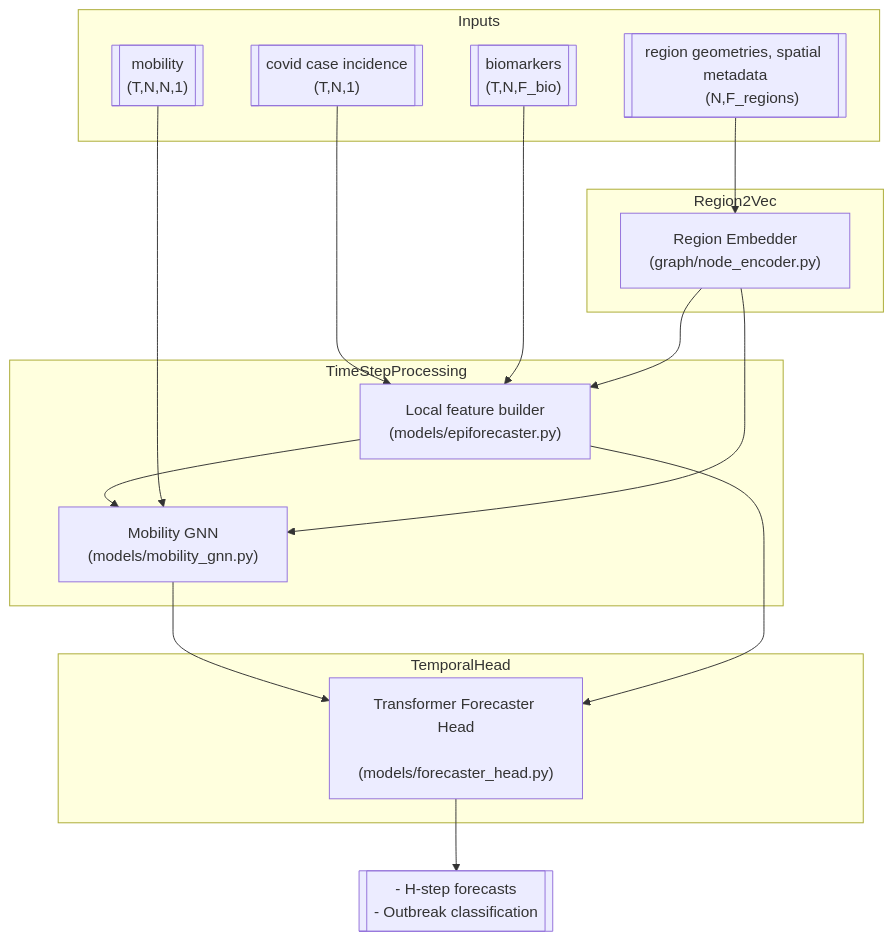
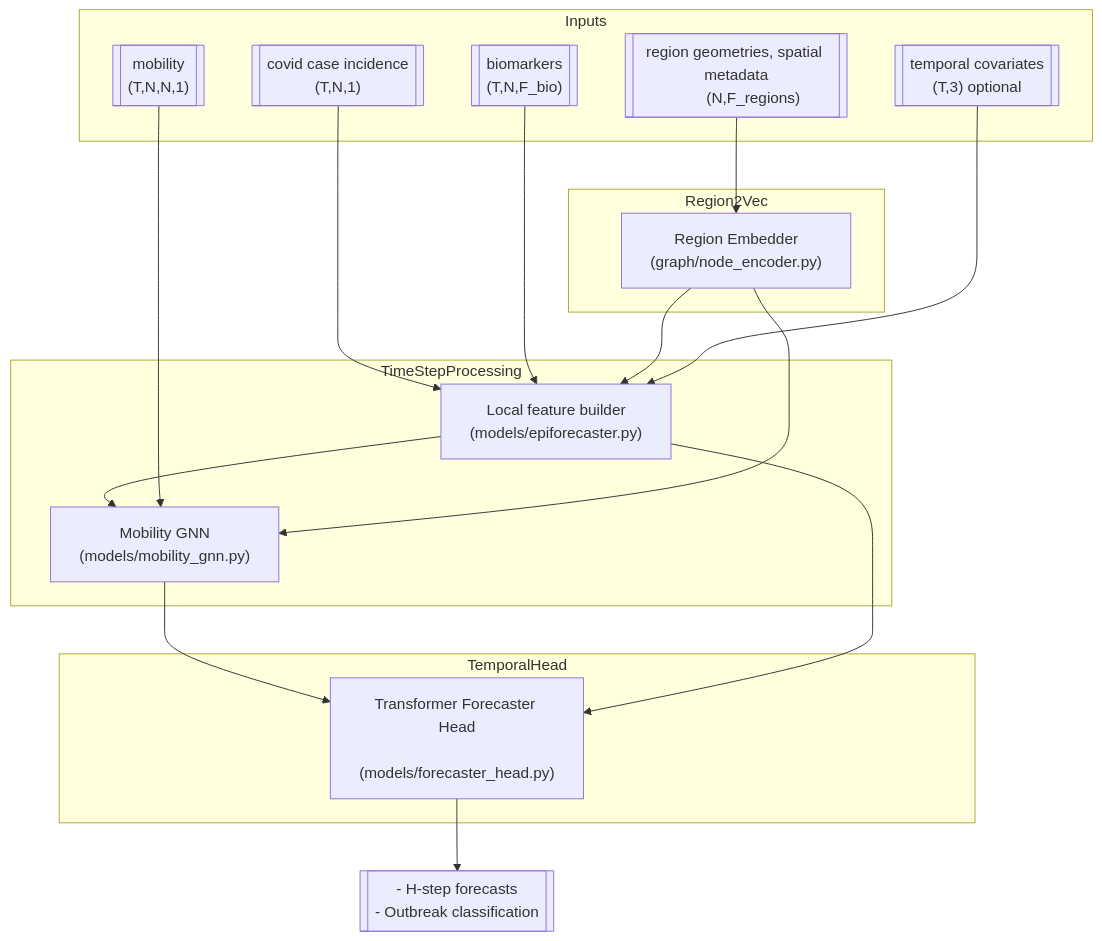
One commit to lewis-k-s/EpiForecaster changed the diagram in README.md. Above: the diagram before and after it, drawn with Mermaid. The commit also changed 3 other files, not shown here.

First line of the commit message:
docs: update EPIFORECASTER.md and add studies roadmap

````diff
--- a/README.md
+++ b/README.md
@@ -12,41 +12,44 @@
 ```mermaid
 flowchart TD
     subgraph Inputs
         cases[["covid case incidence
         (T,N,1)"]]
         biomarkers[["biomarkers
         (T,N,F_bio)"]]
         mobility[["mobility
         (T,N,N,1)"]]
         regions[["region geometries, spatial metadata
         (N,F_regions)"]]
+        temporal[["temporal covariates
+        (T,3) optional"]]
     end
 
     subgraph Region2Vec
         regionEmbedder["Region Embedder
         (graph/node_encoder.py)"]
     end
 
     subgraph TimeStepProcessing
         featureBuilder["Local feature builder
         (models/epiforecaster.py)"]
         mobilityGNN["Mobility GNN
         (models/mobility_gnn.py)"]
     end
 
     subgraph TemporalHead
         transformerHead["Transformer Forecaster Head
         (models/forecaster_head.py)"]
     end
 
     cases --> featureBuilder
     biomarkers --> featureBuilder
     regions --> regionEmbedder --> featureBuilder
+    temporal --> featureBuilder
     featureBuilder --> mobilityGNN
     mobility --> mobilityGNN
     regionEmbedder --> mobilityGNN
     mobilityGNN --> transformerHead
     featureBuilder --> transformerHead
     transformerHead --> forecasts[["- H-step forecasts
     - Outbreak classification"]]
 ```
````
